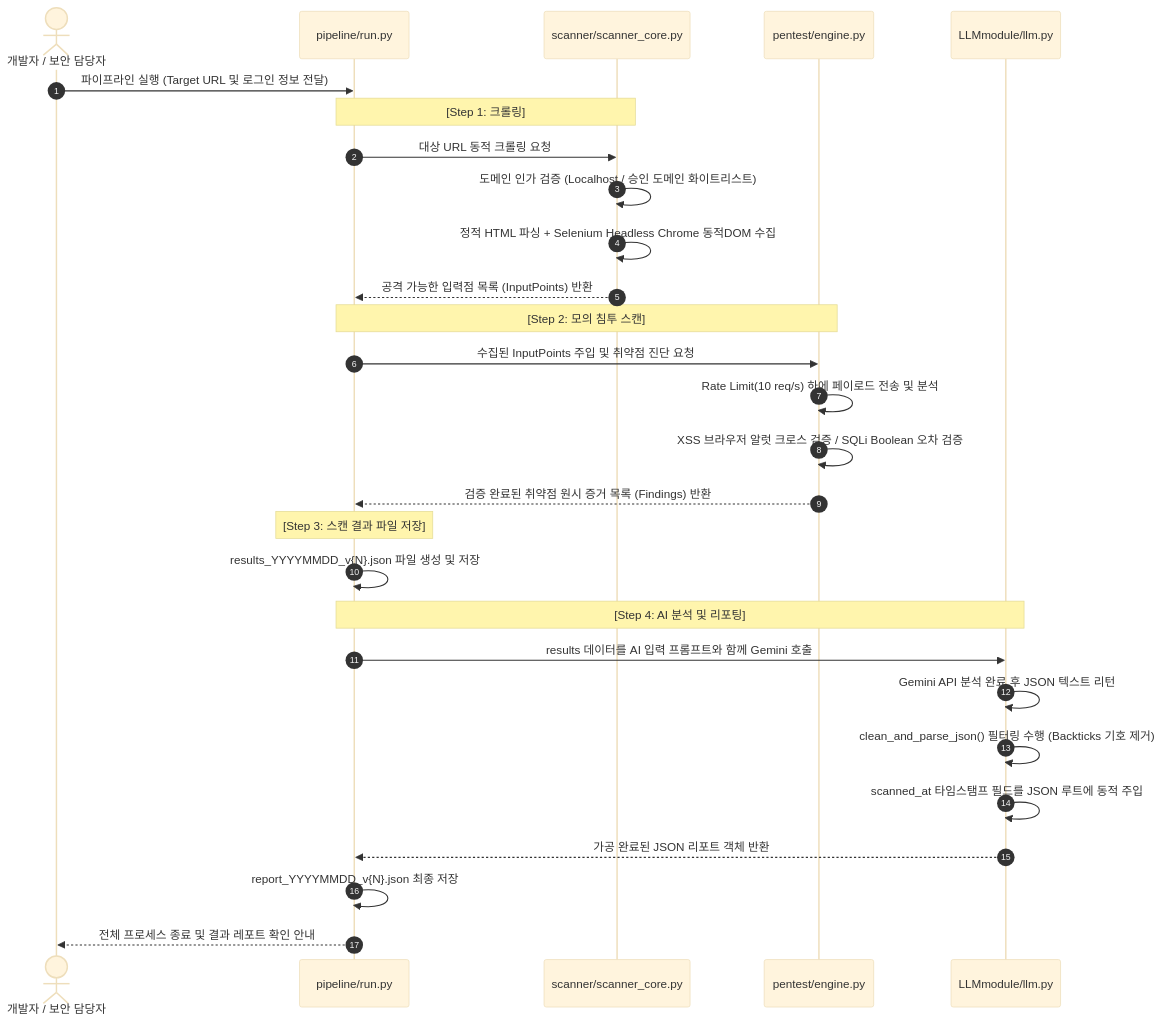
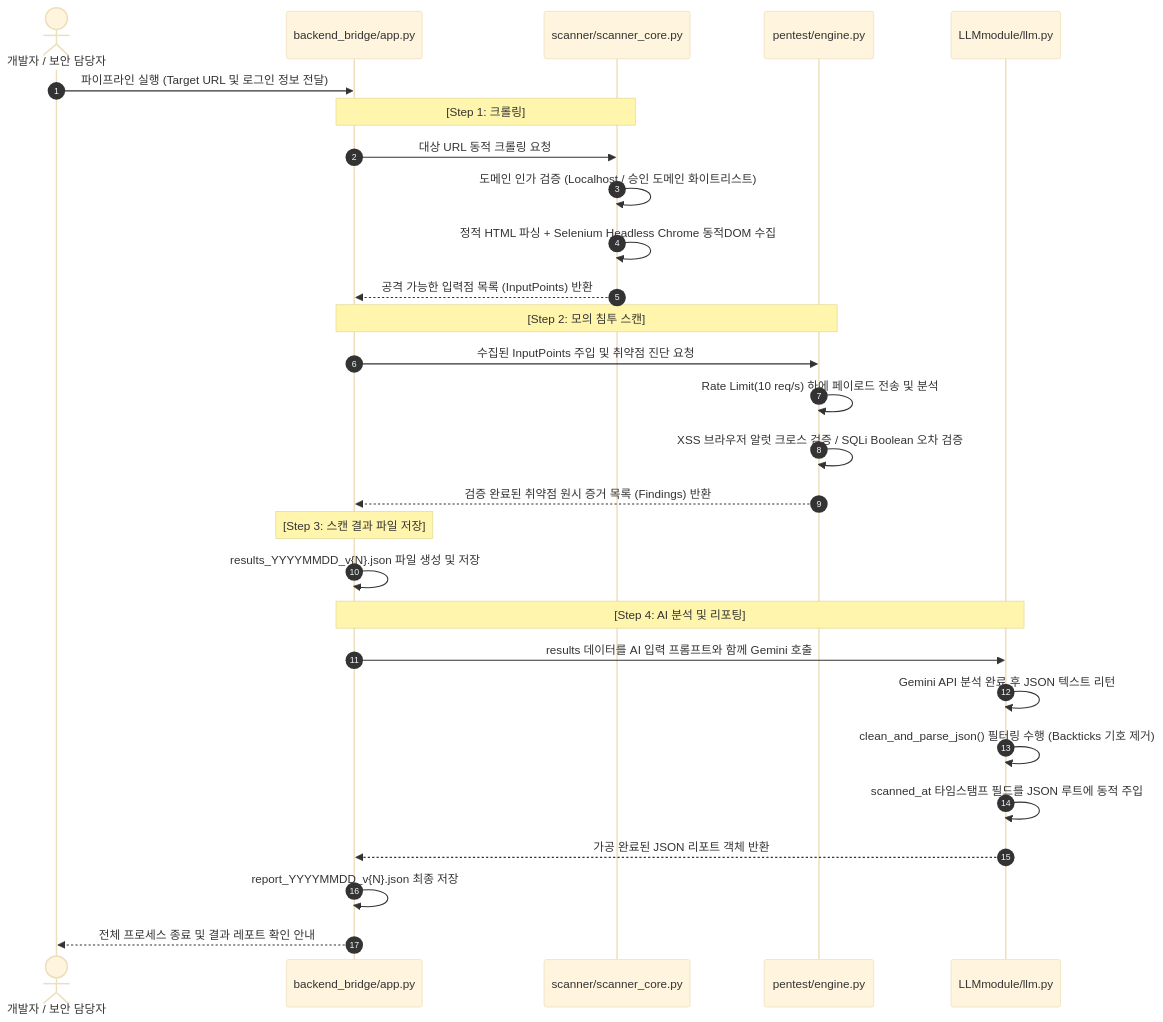
Before and after one commit to daahunii/Scaield: the diagram in README.md, drawn with Mermaid (base theme). The commit also changed other lines of this file and 46 other files, not shown here.

````diff
--- a/README.md
+++ b/README.md
@@ -42,35 +41,35 @@
 ```mermaid
 sequenceDiagram
     autonumber
     actor User as 개발자 / 보안 담당자
-    participant Run as pipeline/run.py
+    participant Run as backend_bridge/app.py
     participant Core as scanner/scanner_core.py
     participant Pentest as pentest/engine.py
     participant LLM as LLMmodule/llm.py
     
     User->>Run: 파이프라인 실행 (Target URL 및 로그인 정보 전달)
     
     Note over Run, Core: [Step 1: 크롤링]
     Run->>Core: 대상 URL 동적 크롤링 요청
     Core->>Core: 도메인 인가 검증 (Localhost / 승인 도메인 화이트리스트)
     Core->>Core: 정적 HTML 파싱 + Selenium Headless Chrome 동적DOM 수집
     Core-->>Run: 공격 가능한 입력점 목록 (InputPoints) 반환
     
     Note over Run, Pentest: [Step 2: 모의 침투 스캔]
     Run->>Pentest: 수집된 InputPoints 주입 및 취약점 진단 요청
     Pentest->>Pentest: Rate Limit(10 req/s) 하에 페이로드 전송 및 분석
     Pentest->>Pentest: XSS 브라우저 알럿 크로스 검증 / SQLi Boolean 오차 검증
     Pentest-->>Run: 검증 완료된 취약점 원시 증거 목록 (Findings) 반환
     
     Note over Run: [Step 3: 스캔 결과 파일 저장]
     Run->>Run: results_YYYYMMDD_v{N}.json 파일 생성 및 저장
     
     Note over Run, LLM: [Step 4: AI 분석 및 리포팅]
     Run->>LLM: results 데이터를 AI 입력 프롬프트와 함께 Gemini 호출
     LLM->>LLM: Gemini API 분석 완료 후 JSON 텍스트 리턴
     LLM->>LLM: clean_and_parse_json() 필터링 수행 (Backticks 기호 제거)
     LLM->>LLM: scanned_at 타임스탬프 필드를 JSON 루트에 동적 주입
     LLM-->>Run: 가공 완료된 JSON 리포트 객체 반환
     Run->>Run: report_YYYYMMDD_v{N}.json 최종 저장
     Run-->>User: 전체 프로세스 종료 및 결과 레포트 확인 안내
 ```
````
